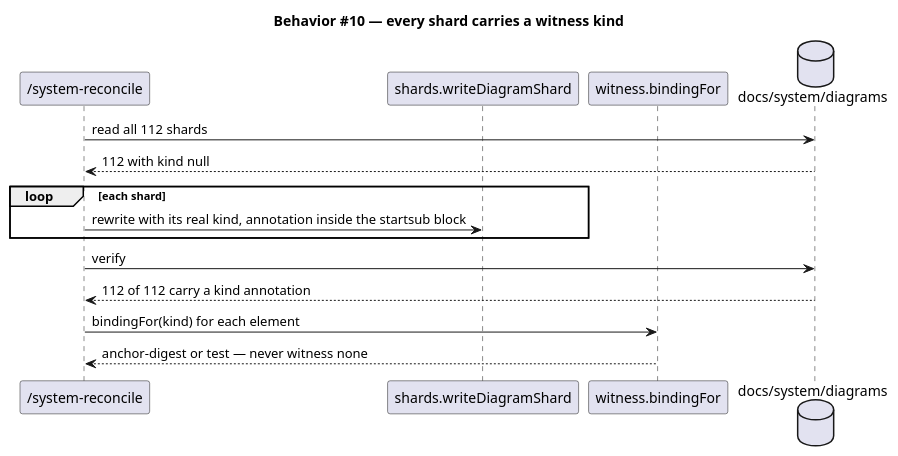
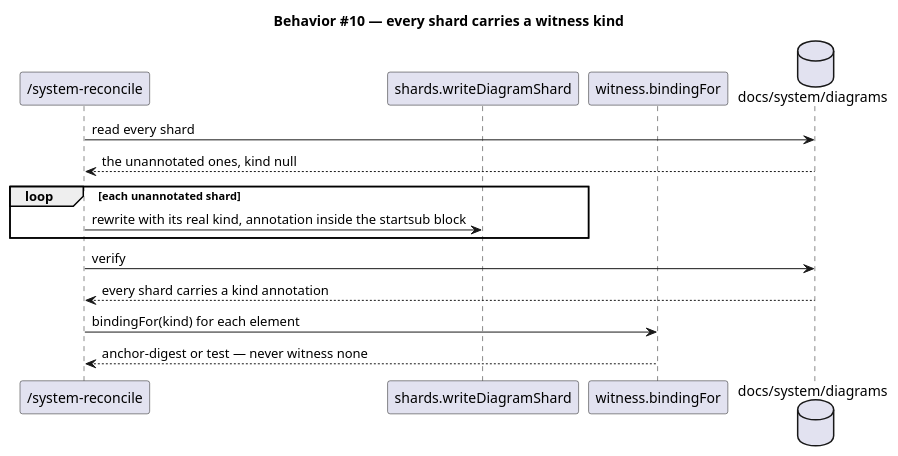
Diagram 12 of 18 in docs/specs/system-spec-delta.md (friedbotstudio/baseline), drawn with PlantUML before and after one commit. The commit also changed other lines of this file and 13 other files, not shown here.

````diff
--- a/docs/specs/system-spec-delta.md
+++ b/docs/specs/system-spec-delta.md
@@ -336,19 +336,19 @@
 ```plantuml
 @startuml
 title Behavior #10 — every shard carries a witness kind
 participant "/system-reconcile" as R
 participant "shards.writeDiagramShard" as WS
 participant "witness.bindingFor" as WB
 database "docs/system/diagrams" as D
 
-R -> D : read all 112 shards
-D --> R : 112 with kind null
-loop each shard
+R -> D : read every shard
+D --> R : the unannotated ones, kind null
+loop each unannotated shard
   R -> WS : rewrite with its real kind, annotation inside the startsub block
 end
 R -> D : verify
-D --> R : 112 of 112 carry a kind annotation
+D --> R : every shard carries a kind annotation
 R -> WB : bindingFor(kind) for each element
 WB --> R : anchor-digest or test — never witness none
 @enduml
 ```
````
